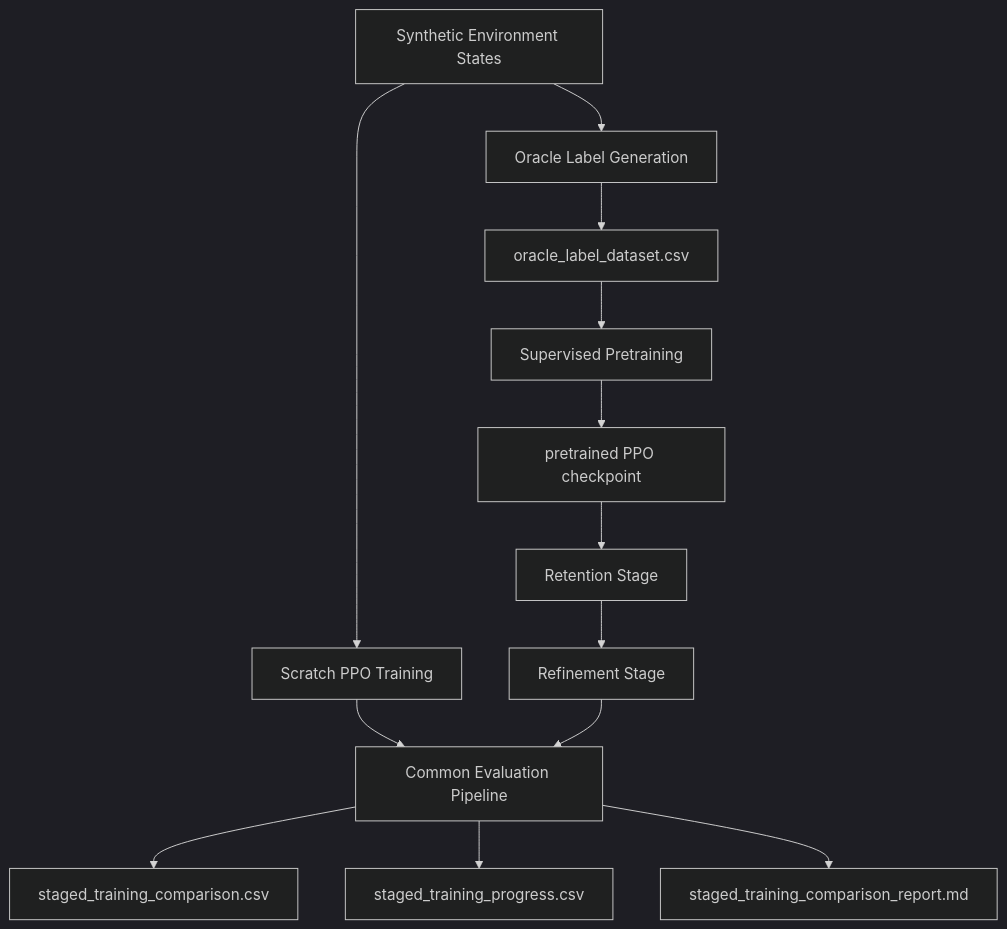
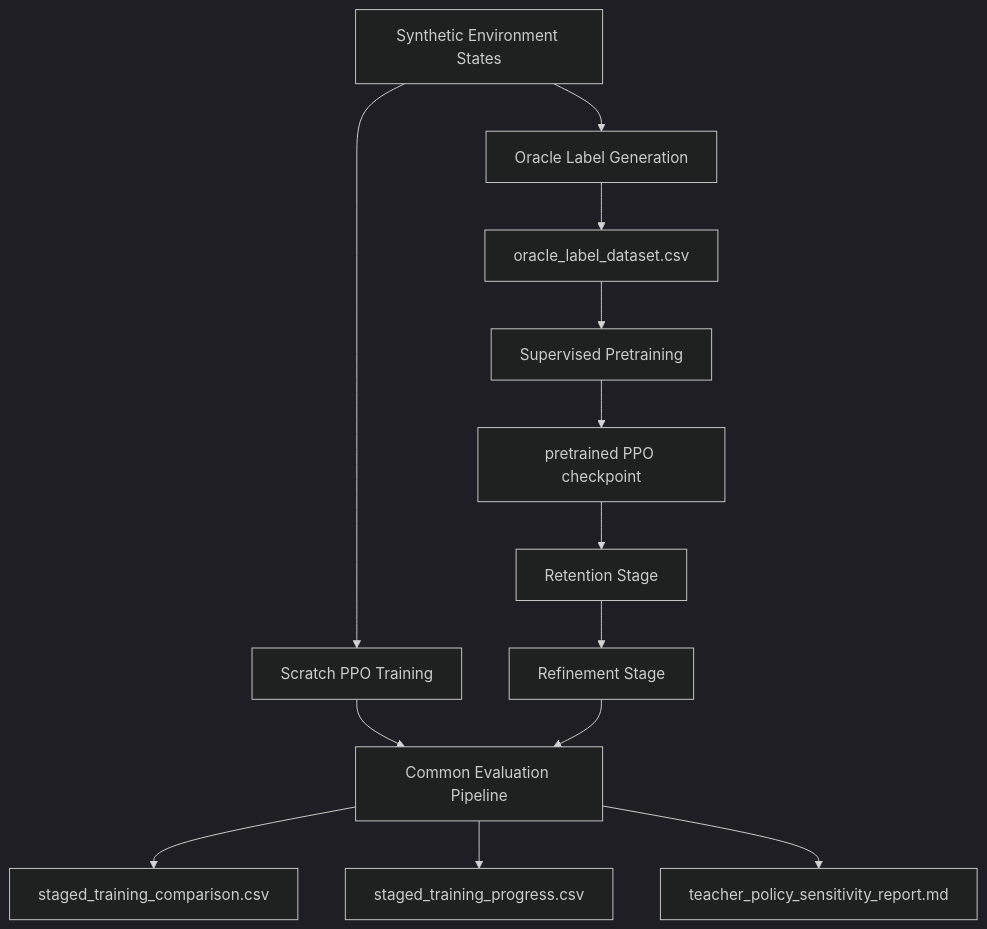
Before and after one commit to beratkaya61/task-offloading-study: the diagram in v2_docs/phase_7/phase_7_explaination_of_studies.md, drawn with Mermaid (dark theme). The commit also changed other lines of this file and 98 other files, not shown here.

````diff
--- a/v2_docs/phase_7/phase_7_explaination_of_studies.md
+++ b/v2_docs/phase_7/phase_7_explaination_of_studies.md
@@ -106,18 +106,18 @@
 ```mermaid
 flowchart TD
     A["Synthetic Environment States"] --> B["Oracle Label Generation"]
     B --> C["oracle_label_dataset.csv"]
     C --> D["Supervised Pretraining"]
     D --> E["pretrained PPO checkpoint"]
 
     A --> S["Scratch PPO Training"]
     E --> F["Retention Stage"]
     F --> G["Refinement Stage"]
 
     S --> H["Common Evaluation Pipeline"]
     G --> H
 
     H --> I["staged_training_comparison.csv"]
     H --> J["staged_training_progress.csv"]
-    H --> K["staged_training_comparison_report.md"]
+    H --> K["teacher_policy_sensitivity_report.md"]
 ```
````
